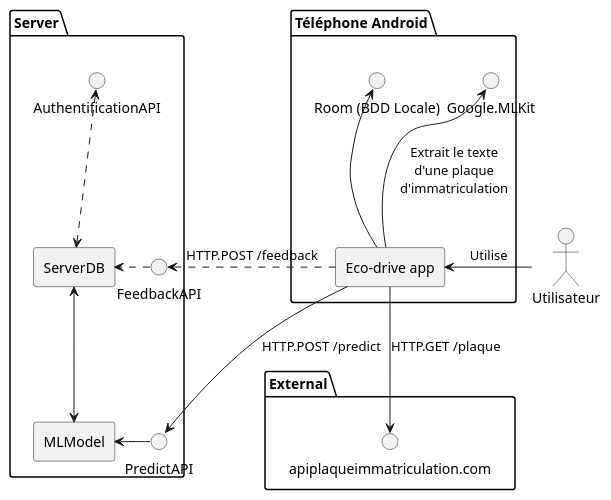
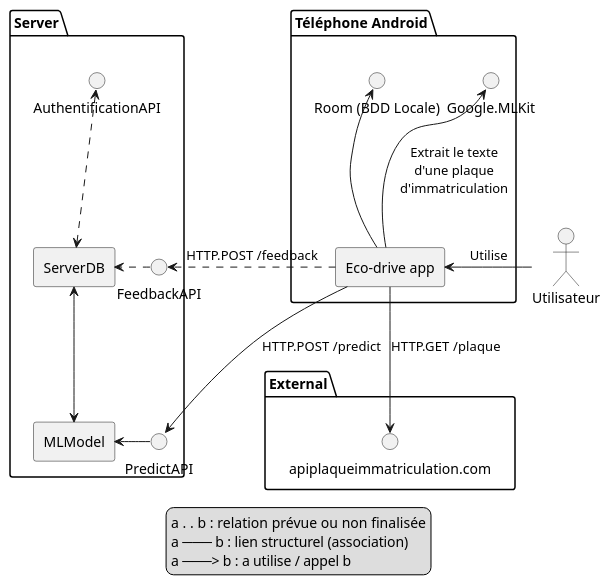
One commit to Valentin-Gauthier/automl_api changed the diagram in Diagrammes/Architecture.puml. Above: the diagram before and after it, drawn with PlantUML.

Commit message:
Ajout d'une légende au diagramme d'architecture

```diff
--- a/Diagrammes/Architecture.puml
+++ b/Diagrammes/Architecture.puml
@@ -1,47 +1,53 @@
 @startuml
 ' Style général
 skinparam componentStyle rectangle
 
 ' --- CLIENT ---
 actor "Utilisateur" as User
 package "Téléphone Android" as Client {
 	[Eco-drive app] as AppUI
 	() "Room (BDD Locale)" as LocalDB
 	() "Google.MLKit" as MLKit
 }
 
 ' --- SERVER ---
 package "Server" {
 	() "AuthentificationAPI" as Auth
 	() "PredictAPI" as PredictAPI
 	() "FeedbackAPI" as FeedbackAPI
 	[MLModel] as MLModel
 	[ServerDB] as ServerDB
 }
 
 ' --- EXTERNAL ---
 package "External" {
 	() "apiplaqueimmatriculation.com" as PlateAPI
 }
 
 ' --- RELATIONS ---
 AppUI <- User : Utilise
 LocalDB <-- AppUI
 
 MLKit <-- AppUI : Extrait le texte\nd'une plaque\nd'immatriculation
 
 AppUI --> PlateAPI : HTTP.GET /plaque
 
 AppUI -> PredictAPI : HTTP.POST /predict
 PredictAPI -> MLModel
 
 ServerDB <--> MLModel
 
 AppUI .> FeedbackAPI : HTTP.POST /feedback
 FeedbackAPI .> ServerDB
 
 Auth <..> ServerDB
 
 MLKit .[hidden] User
 
+legend
+	a . . b : relation prévue ou non finalisée
+	a ─── b : lien structurel (association)
+	a ───> b : a utilise / appel b
+end legend
+
 @enduml
```
